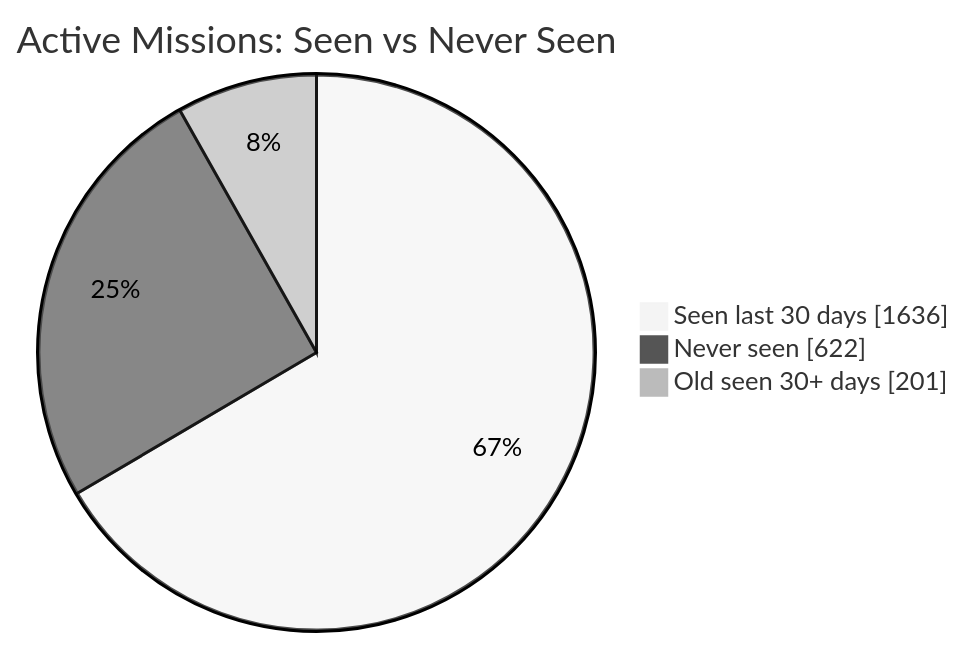
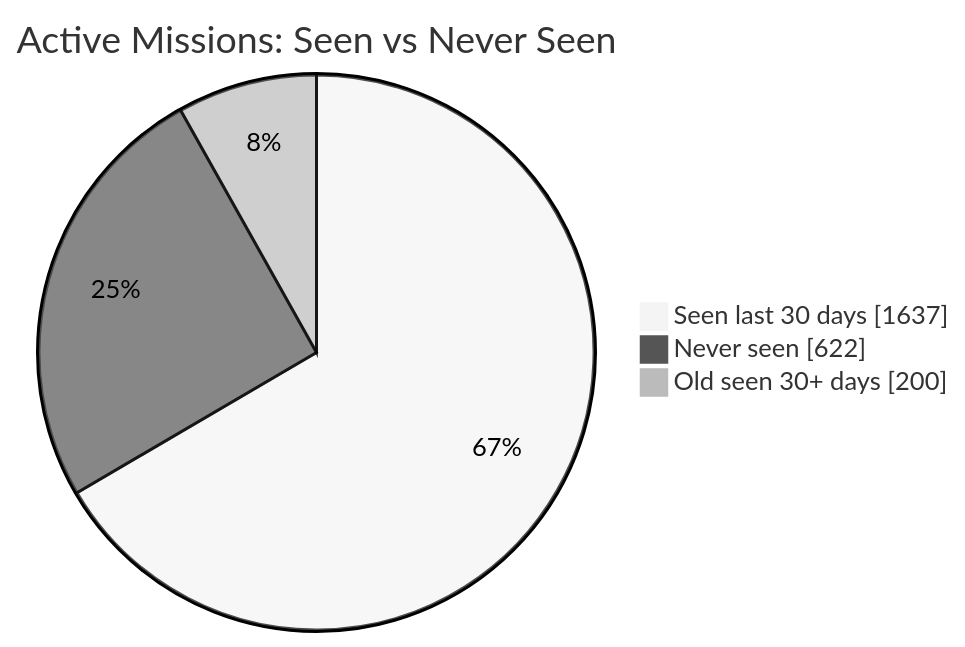
One commit to MeldkamerspelGameTeam/active-missions changed the first of 2 diagrams in README.md. Above: the diagram before and after it, drawn with Mermaid (neutral theme). The commit also changed other lines of this file and 2 other files, not shown here.

````diff
--- a/README.md
+++ b/README.md
@@ -34,7 +34,7 @@
 ```mermaid
 pie showData
     title Active Missions: Seen vs Never Seen
-    "Seen last 30 days" : 1636
+    "Seen last 30 days" : 1637
     "Never seen" : 622
-    "Old seen 30+ days" : 201
+    "Old seen 30+ days" : 200
 ```
````
